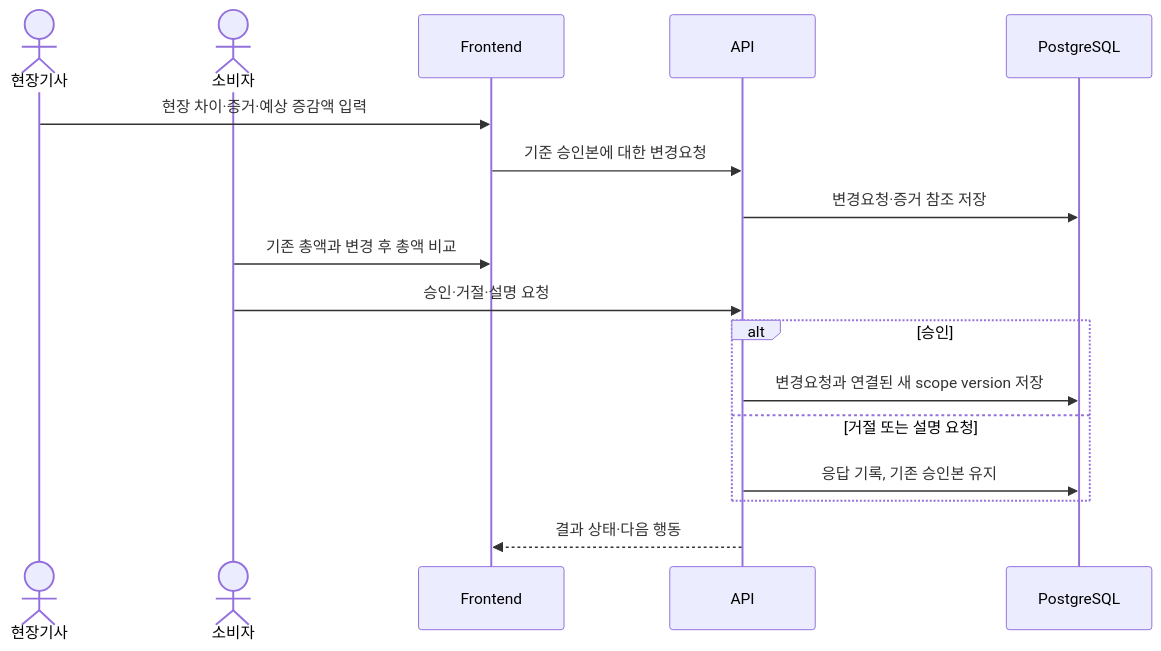
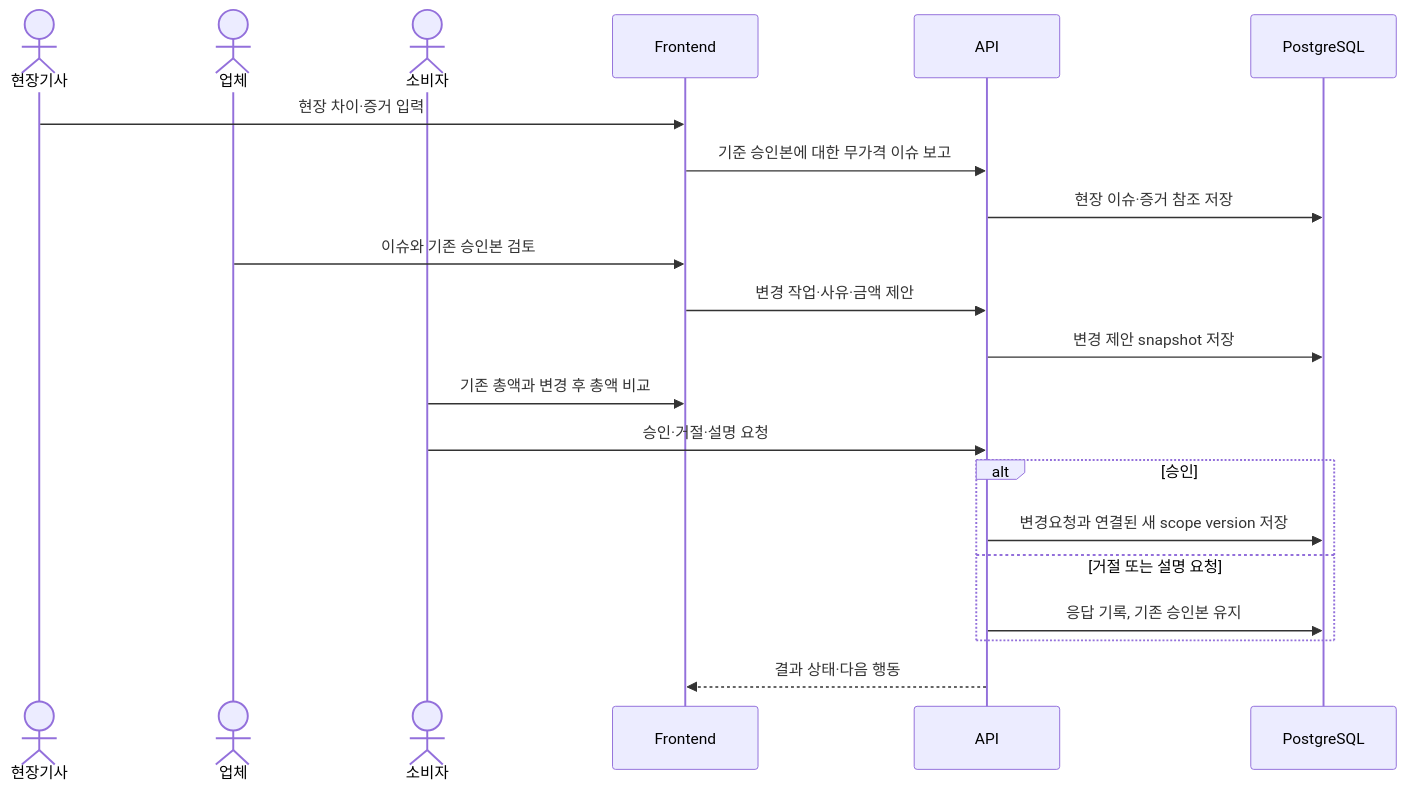
One commit to SEQRETE-TUK/SEQRET_FE changed the fifth of 5 diagrams in docs/architecture.md. Above: the diagram before and after it, drawn with Mermaid. The commit also changed other lines of this file and 20 other files, not shown here.

Commit message:
Align product docs with PRD v2 and updated role flows

````diff
--- a/docs/architecture.md
+++ b/docs/architecture.md
@@ -178,20 +185,24 @@
 ```mermaid
 sequenceDiagram
     actor W as 현장기사
+    actor B as 업체
     actor C as 소비자
     participant FE as Frontend
     participant API as API
     participant DB as PostgreSQL
 
-    W->>FE: 현장 차이·증거·예상 증감액 입력
-    FE->>API: 기준 승인본에 대한 변경요청
-    API->>DB: 변경요청·증거 참조 저장
+    W->>FE: 현장 차이·증거 입력
+    FE->>API: 기준 승인본에 대한 무가격 이슈 보고
+    API->>DB: 현장 이슈·증거 참조 저장
+    B->>FE: 이슈와 기존 승인본 검토
+    FE->>API: 변경 작업·사유·금액 제안
+    API->>DB: 변경 제안 snapshot 저장
     C->>FE: 기존 총액과 변경 후 총액 비교
     C->>API: 승인·거절·설명 요청
     alt 승인
         API->>DB: 변경요청과 연결된 새 scope version 저장
     else 거절 또는 설명 요청
         API->>DB: 응답 기록, 기존 승인본 유지
     end
     API-->>FE: 결과 상태·다음 행동
 ```
````
